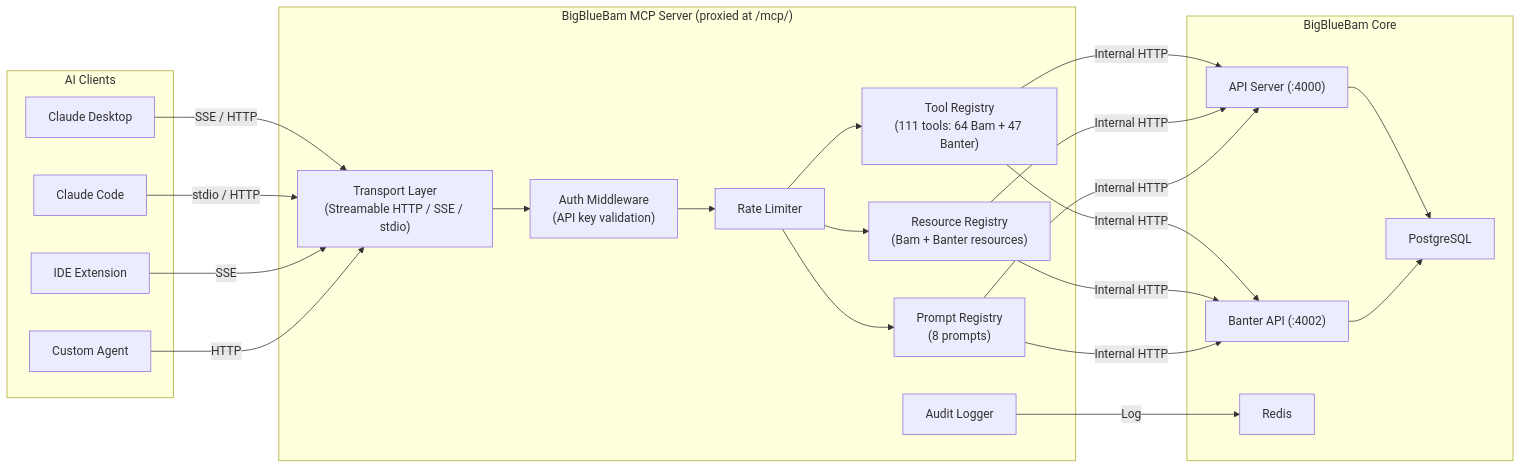
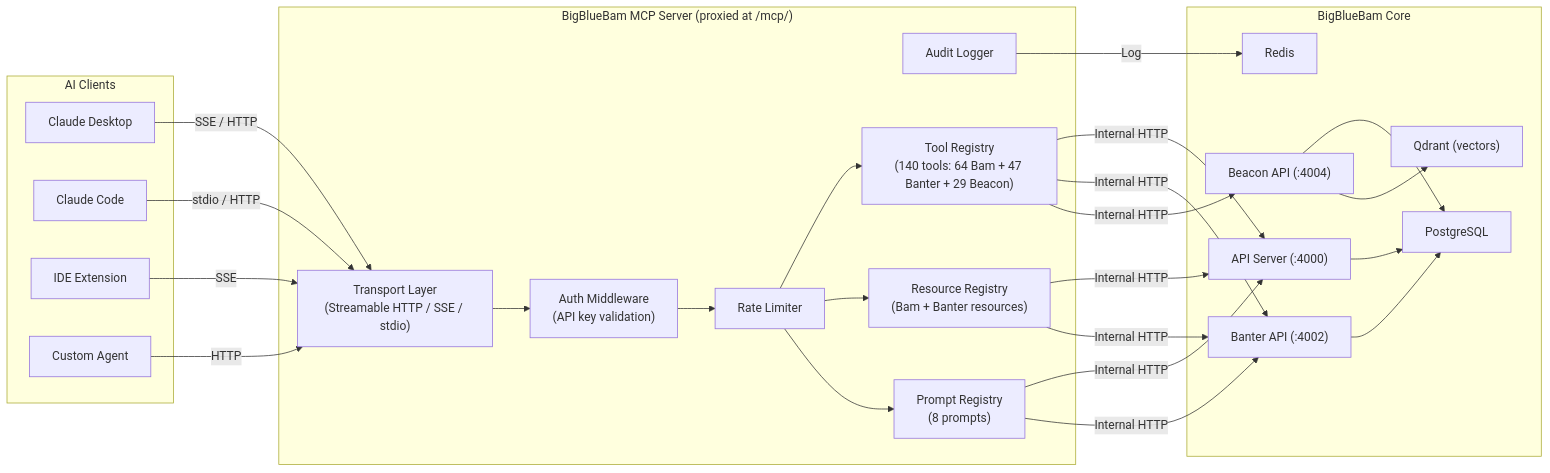
Before and after one commit to leith-bartrich/BigBlueBam: the first of 4 diagrams in docs/mcp-server.md, drawn with Mermaid. The commit also changed other lines of this file and 3 other files, not shown here.

Commit message:
docs: add Beacon to README, CLAUDE.md, mcp-server.md — 140 MCP tools

````diff
--- a/docs/mcp-server.md
+++ b/docs/mcp-server.md
@@ -23,47 +23,52 @@
 ```mermaid
 graph LR
     subgraph "AI Clients"
         Claude["Claude Desktop"]
         Code["Claude Code"]
         IDE["IDE Extension"]
         Agent["Custom Agent"]
     end
 
     subgraph "BigBlueBam MCP Server (proxied at /mcp/)"
         Transport["Transport Layer<br/>(Streamable HTTP / SSE / stdio)"]
         Auth["Auth Middleware<br/>(API key validation)"]
         Rate["Rate Limiter"]
         Audit["Audit Logger"]
-        Tools["Tool Registry<br/>(111 tools: 64 Bam + 47 Banter)"]
+        Tools["Tool Registry<br/>(140 tools: 64 Bam + 47 Banter + 29 Beacon)"]
         Resources["Resource Registry<br/>(Bam + Banter resources)"]
         Prompts["Prompt Registry<br/>(8 prompts)"]
     end
 
     subgraph "BigBlueBam Core"
         API["API Server (:4000)"]
         BanterAPI["Banter API (:4002)"]
+        BeaconAPI["Beacon API (:4004)"]
         DB["PostgreSQL"]
         Redis["Redis"]
+        Qdrant["Qdrant (vectors)"]
     end
 
     Claude -->|"SSE / HTTP"| Transport
     Code -->|"stdio / HTTP"| Transport
     IDE -->|"SSE"| Transport
     Agent -->|"HTTP"| Transport
 
     Transport --> Auth
     Auth --> Rate
     Rate --> Tools
     Rate --> Resources
     Rate --> Prompts
 
     Tools -->|"Internal HTTP"| API
     Tools -->|"Internal HTTP"| BanterAPI
+    Tools -->|"Internal HTTP"| BeaconAPI
     Resources -->|"Internal HTTP"| API
     Resources -->|"Internal HTTP"| BanterAPI
     Prompts -->|"Internal HTTP"| API
     Prompts -->|"Internal HTTP"| BanterAPI
     Audit -->|"Log"| Redis
     API --> DB
     BanterAPI --> DB
+    BeaconAPI --> DB
+    BeaconAPI --> Qdrant
 ```
````
